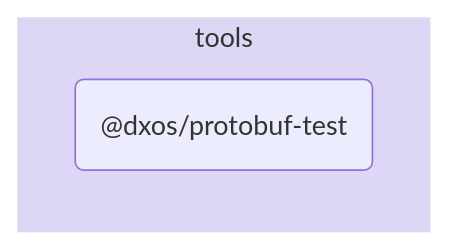
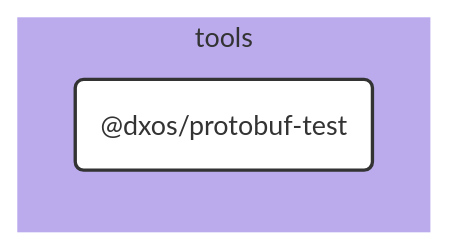
The diagram in tools/protobuf-test/docs/README.md (dxos/dxos), drawn with Mermaid before and after one commit. The commit also changed other lines of this file and 109 other files, not shown here.

````diff
--- a/tools/protobuf-test/docs/README.md
+++ b/tools/protobuf-test/docs/README.md
@@ -5,9 +7,25 @@
 ```mermaid
-flowchart LR;
+%%{ init: {'flowchart':{'curve':'basis'}} }%%
 
+flowchart LR
+
+%% Links
+
+%% Sections
 subgraph tools
-  style tools fill:#ded6f5,stroke:#fff;
-  dxos/protobuf-test("@dxos/protobuf-test");
+  style tools fill:#bbabed,stroke:#fff;
+
+  dxos/protobuf-test("@dxos/protobuf-test")
 end
 
+
+%% Hyperlinks
+
+%% Styles
+classDef rootNode fill:#fff,stroke:#333,stroke-width:2px
+classDef defaultNode fill:#fff,stroke:#333,stroke-width:1px
+linkStyle default stroke:#333,stroke-width:1px
+
+dxos/protobuf-test:::rootNode
+
 ```
````
